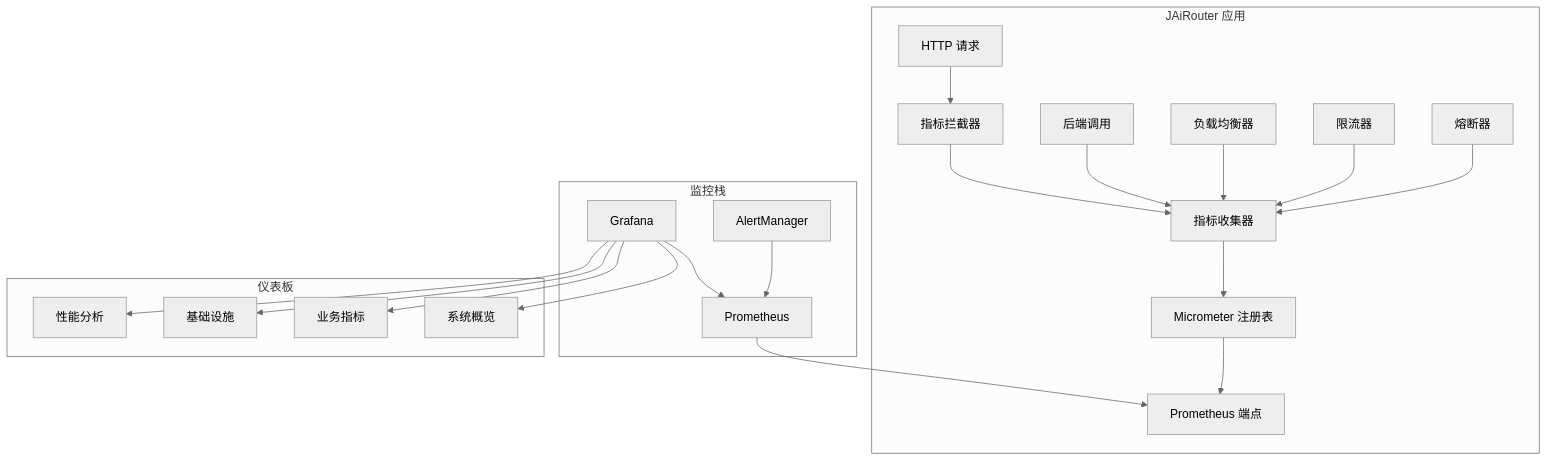
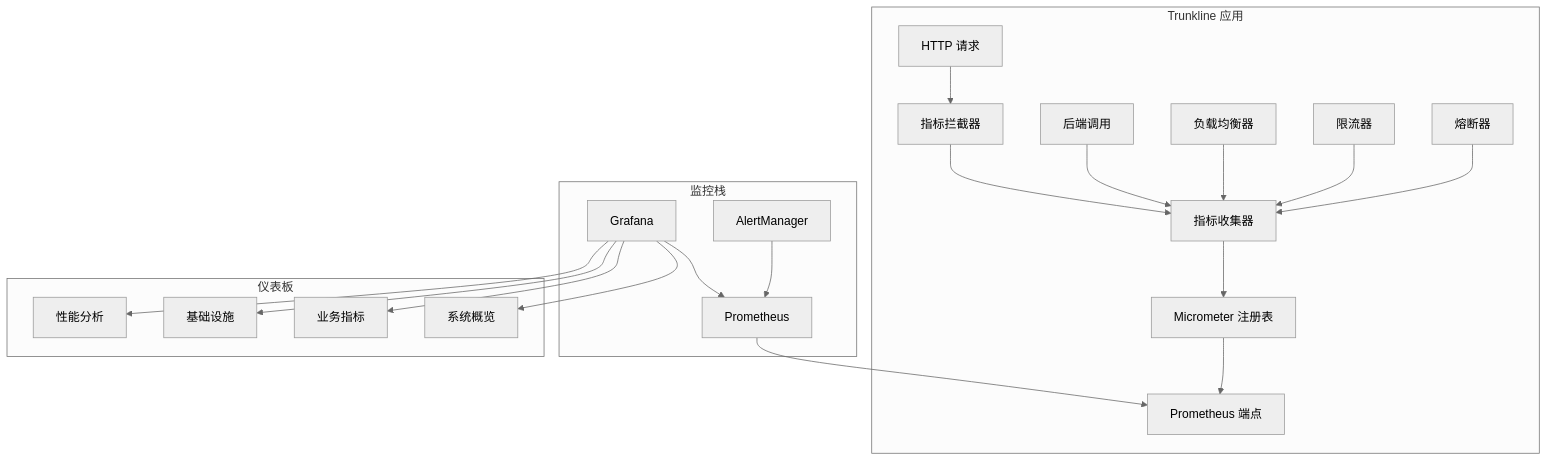
The diagram in docs/zh/monitoring/index.md (ethdeve/trunkline), drawn with Mermaid (neutral theme) before and after one commit. The commit also changed other lines of this file and 1160 other files, not shown here.

````diff
--- a/docs/zh/monitoring/index.md
+++ b/docs/zh/monitoring/index.md
@@ -37,32 +37,32 @@
 ```mermaid
 graph TB
-    subgraph "JAiRouter 应用"
+    subgraph "Trunkline 应用"
         A[HTTP 请求] --> B[指标拦截器]
         B --> C[指标收集器]
         C --> D[Micrometer 注册表]
         D --> E[Prometheus 端点]
         
         F[后端调用] --> C
         G[负载均衡器] --> C
         H[限流器] --> C
         I[熔断器] --> C
     end
     
     subgraph "监控栈"
         J[Prometheus] --> E
         K[Grafana] --> J
         L[AlertManager] --> J
     end
     
     subgraph "仪表板"
         M[系统概览]
         N[业务指标]
         O[基础设施]
         P[性能分析]
     end
     
     K --> M
     K --> N
     K --> O
     K --> P
 ```
````
